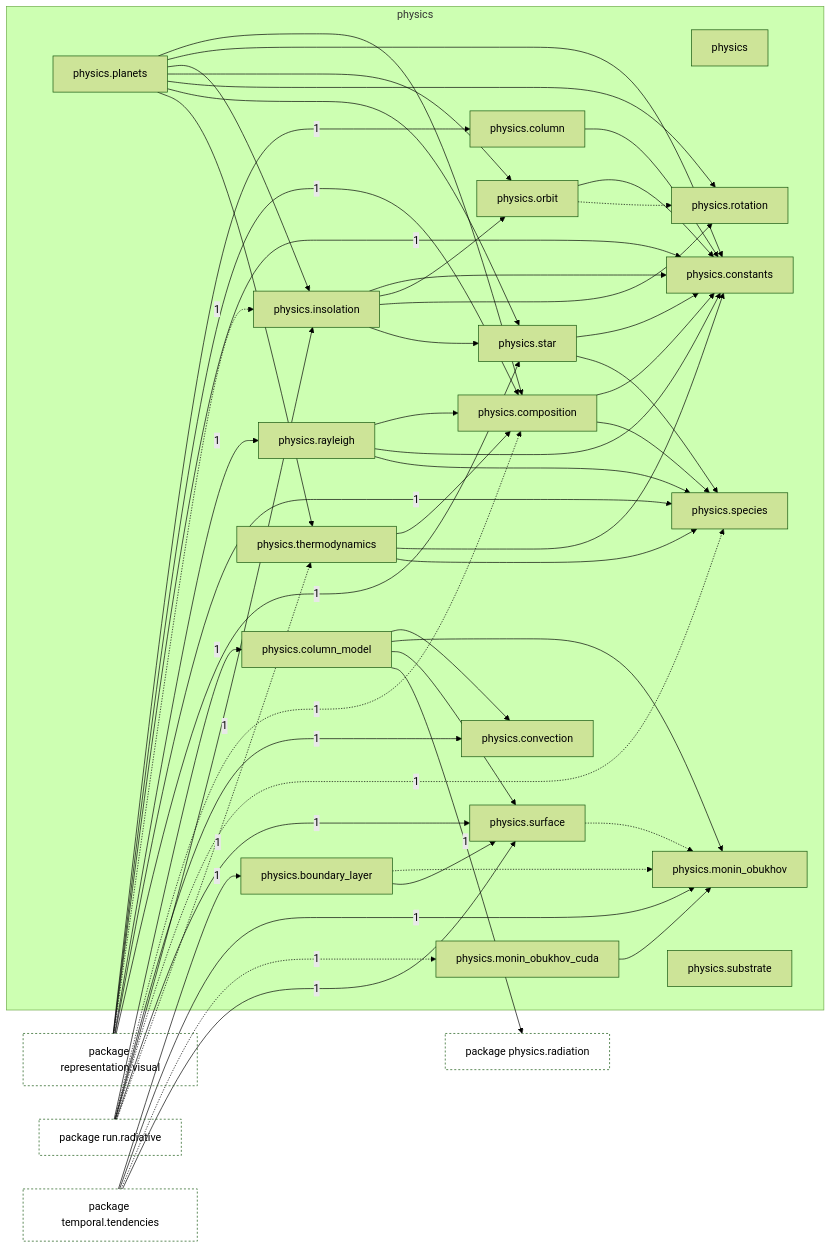
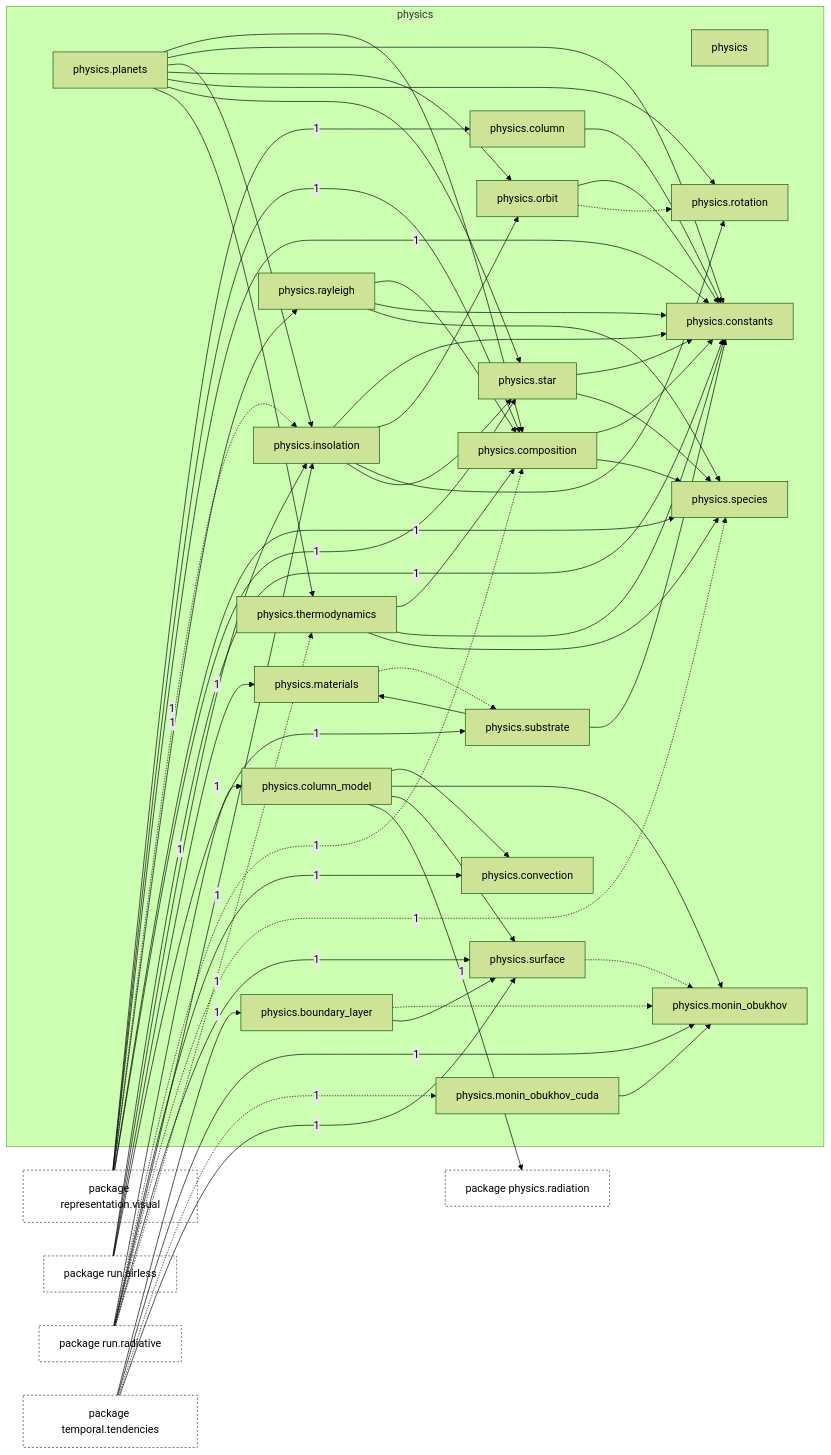
One commit to AlexandreEros/Palintropos changed the first of 2 diagrams in docs/architecture/current/packages/tropoi.physics.md. Above: the diagram before and after it, drawn with Mermaid (forest theme). The commit also changed other lines of this file and 21 other files, not shown here.

First line of the commit message:
Declare the airless entry path; refresh the architecture snapshot

````diff
--- a/docs/architecture/current/packages/tropoi.physics.md
+++ b/docs/architecture/current/packages/tropoi.physics.md
@@ -47,6 +48,7 @@
         n_tropoi_ophysics_oconstants["physics.constants"]
         n_tropoi_ophysics_oconvection["physics.convection"]
         n_tropoi_ophysics_oinsolation["physics.insolation"]
+        n_tropoi_ophysics_omaterials["physics.materials"]
         n_tropoi_ophysics_omonin__obukhov["physics.monin#95;obukhov"]
         n_tropoi_ophysics_omonin__obukhov__cuda["physics.monin#95;obukhov#95;cuda"]
         n_tropoi_ophysics_oorbit["physics.orbit"]
@@ -61,6 +63,7 @@
     end
     p_tropoi_ophysics_oradiation["package physics.radiation"]
     p_tropoi_orepresentation_ovisual["package representation.visual"]
+    p_tropoi_orun_oairless["package run.airless"]
     p_tropoi_orun_oradiative["package run.radiative"]
     p_tropoi_otemporal_otendencies["package temporal.tendencies"]
     n_tropoi_ophysics_oboundary__layer -.-> n_tropoi_ophysics_omonin__obukhov
@@ -75,6 +78,7 @@
     n_tropoi_ophysics_oinsolation --> n_tropoi_ophysics_oorbit
     n_tropoi_ophysics_oinsolation --> n_tropoi_ophysics_orotation
     n_tropoi_ophysics_oinsolation --> n_tropoi_ophysics_ostar
+    n_tropoi_ophysics_omaterials -.-> n_tropoi_ophysics_osubstrate
     n_tropoi_ophysics_omonin__obukhov__cuda --> n_tropoi_ophysics_omonin__obukhov
     n_tropoi_ophysics_oorbit --> n_tropoi_ophysics_oconstants
     n_tropoi_ophysics_oorbit -.-> n_tropoi_ophysics_orotation
@@ -90,6 +94,8 @@
     n_tropoi_ophysics_orayleigh --> n_tropoi_ophysics_ospecies
     n_tropoi_ophysics_ostar --> n_tropoi_ophysics_oconstants
     n_tropoi_ophysics_ostar --> n_tropoi_ophysics_ospecies
+    n_tropoi_ophysics_osubstrate --> n_tropoi_ophysics_oconstants
+    n_tropoi_ophysics_osubstrate --> n_tropoi_ophysics_omaterials
     n_tropoi_ophysics_osurface -.-> n_tropoi_ophysics_omonin__obukhov
     n_tropoi_ophysics_othermodynamics --> n_tropoi_ophysics_ocomposition
     n_tropoi_ophysics_othermodynamics --> n_tropoi_ophysics_oconstants
@@ -101,6 +107,10 @@
     p_tropoi_orepresentation_ovisual -->|1| n_tropoi_ophysics_orayleigh
     p_tropoi_orepresentation_ovisual -->|1| n_tropoi_ophysics_ospecies
     p_tropoi_orepresentation_ovisual -->|1| n_tropoi_ophysics_ostar
+    p_tropoi_orun_oairless -->|1| n_tropoi_ophysics_oconstants
+    p_tropoi_orun_oairless -->|1| n_tropoi_ophysics_oinsolation
+    p_tropoi_orun_oairless -->|1| n_tropoi_ophysics_omaterials
+    p_tropoi_orun_oairless -->|1| n_tropoi_ophysics_osubstrate
     p_tropoi_orun_oradiative -->|1| n_tropoi_ophysics_ocolumn__model
     p_tropoi_orun_oradiative -.->|1| n_tropoi_ophysics_ocomposition
     p_tropoi_orun_oradiative -->|1| n_tropoi_ophysics_oconvection
@@ -116,6 +126,7 @@
     classDef other fill:none,stroke-dasharray:3 3
     class p_tropoi_ophysics_oradiation other
     class p_tropoi_orepresentation_ovisual other
+    class p_tropoi_orun_oairless other
     class p_tropoi_orun_oradiative other
     class p_tropoi_otemporal_otendencies other
 ```
````
